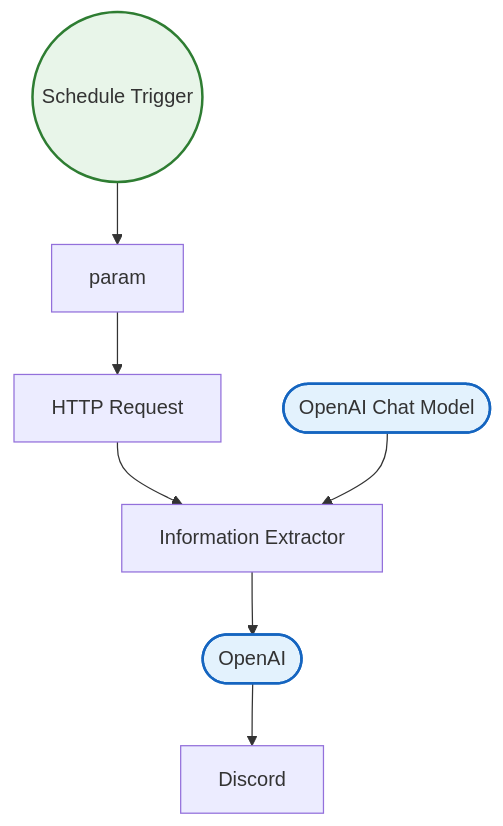
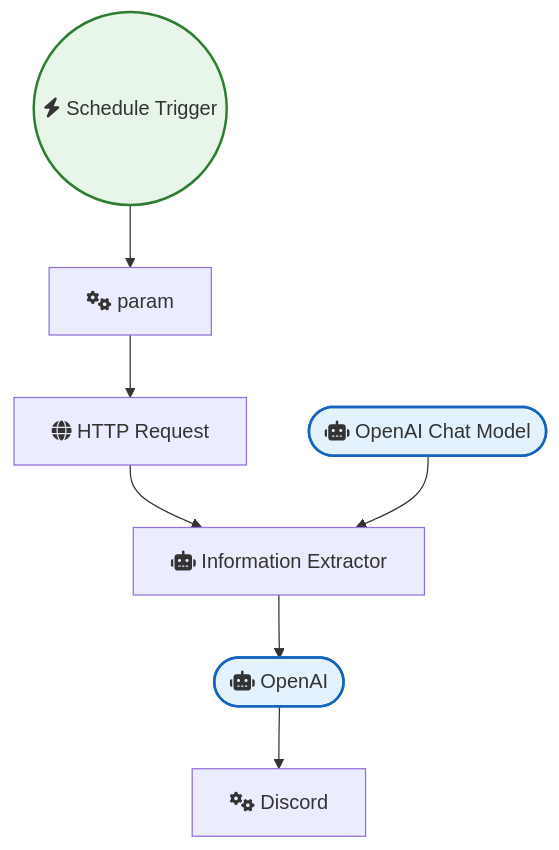
Before and after one commit to sreyash3105/N8N-DEMO-AUTOMATIONS: the diagram in Discord/Send daily translated Calvin and Hobbes Comics to Discord.md, drawn with Mermaid. The commit also changed 291 other files, not shown here.

````diff
--- a/Discord/Send daily translated Calvin and Hobbes Comics to Discord.md
+++ b/Discord/Send daily translated Calvin and Hobbes Comics to Discord.md
@@ -1,21 +1,21 @@
 ```mermaid
 graph TD
     classDef trigger fill:#e8f5e9,stroke:#2e7d32,stroke-width:2px;
     classDef ai fill:#e3f2fd,stroke:#1565c0,stroke-width:2px;
     classDef logic fill:#fff3e0,stroke:#ef6c00,stroke-width:2px;
 
-    Schedule_Trigger(("Schedule Trigger")):::trigger
-    OpenAI(["OpenAI"]):::ai
-    param["param"]
-    Discord["Discord"]
-    OpenAI_Chat_Model(["OpenAI Chat Model"]):::ai
-    Information_Extractor["Information Extractor"]
-    HTTP_Request["HTTP Request"]
+    Schedule_Trigger(("fas:fa-bolt Schedule Trigger")):::trigger
+    OpenAI(["fas:fa-robot OpenAI"]):::ai
+    param["fas:fa-cogs param"]
+    Discord["fas:fa-cogs Discord"]
+    OpenAI_Chat_Model(["fas:fa-robot OpenAI Chat Model"]):::ai
+    Information_Extractor["fas:fa-robot Information Extractor"]
+    HTTP_Request["fas:fa-globe HTTP Request"]
 
     param --> HTTP_Request
     OpenAI --> Discord
     HTTP_Request --> Information_Extractor
     Schedule_Trigger --> param
     OpenAI_Chat_Model --> Information_Extractor
     Information_Extractor --> OpenAI
 ```
````
